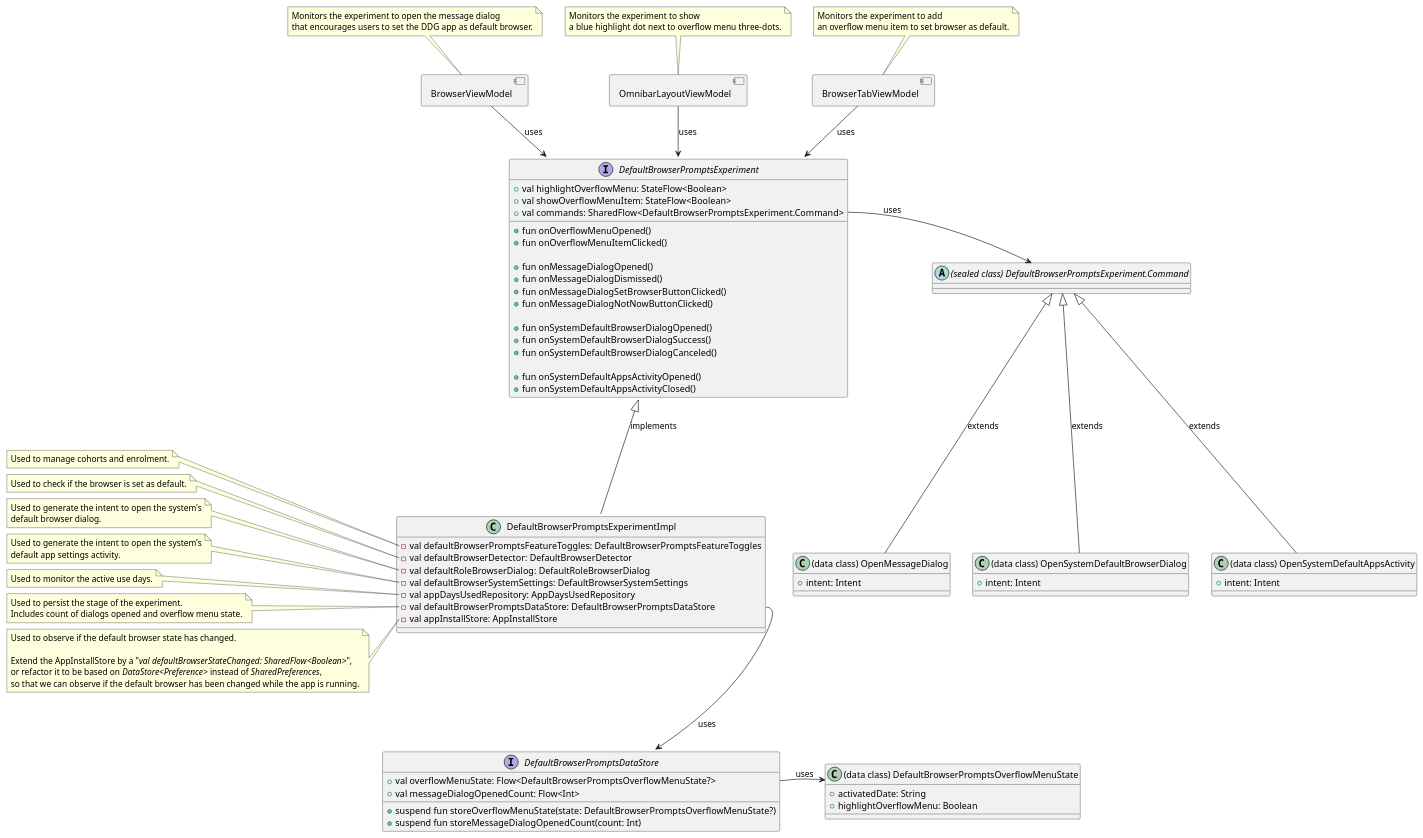
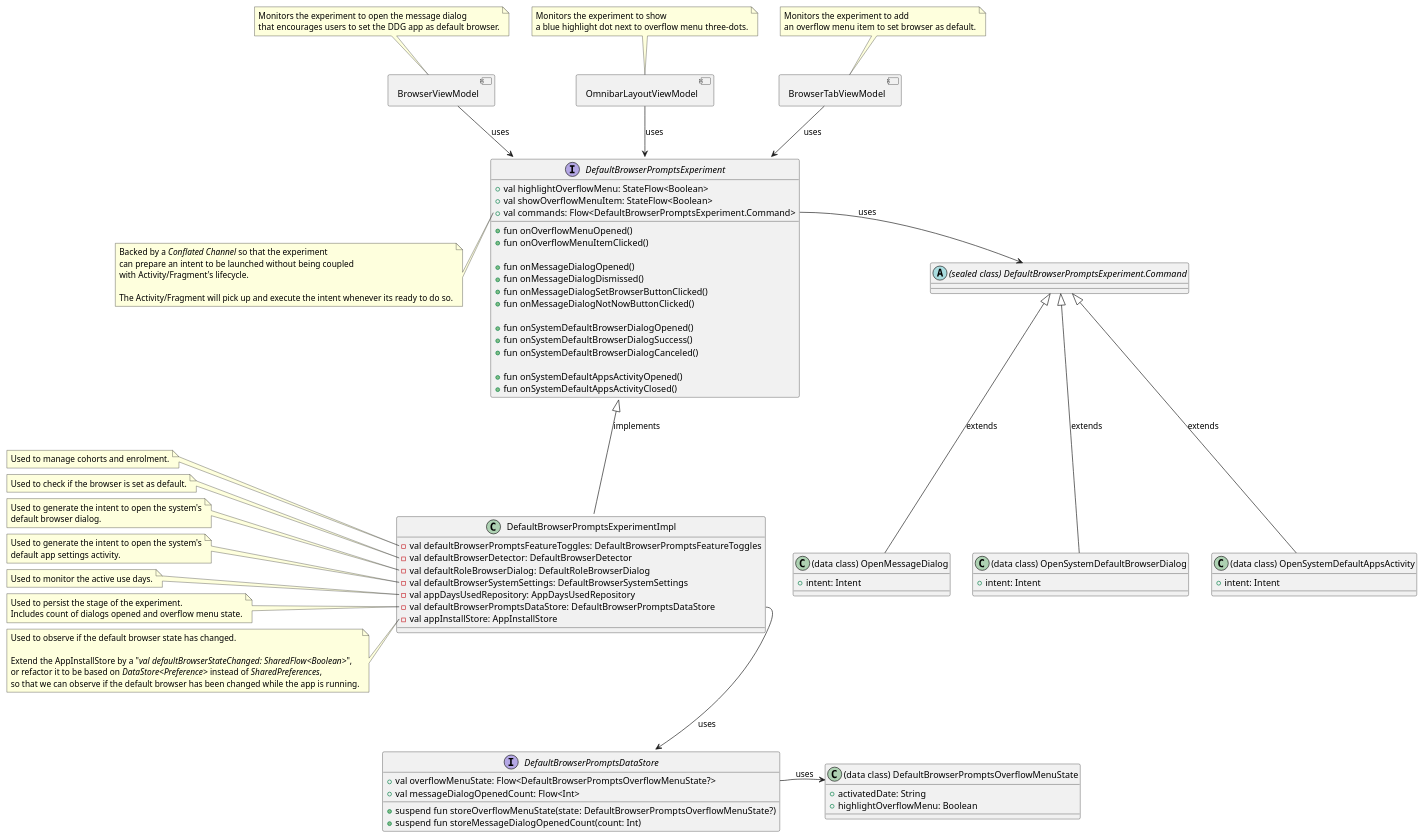
Before and after one commit to duckduckgo/Android: the diagram in app/src/main/java/com/duckduckgo/app/browser/defaultbrowsing/prompts/default_browser_prompts_experiment.puml, drawn with PlantUML. The commit also changed 3 other files, not shown here.

```diff
--- a/app/src/main/java/com/duckduckgo/app/browser/defaultbrowsing/prompts/default_browser_prompts_experiment.puml
+++ b/app/src/main/java/com/duckduckgo/app/browser/defaultbrowsing/prompts/default_browser_prompts_experiment.puml
@@ -1,130 +1,138 @@
 @startuml
 allowmixing
 
 abstract class DefaultBrowserPromptsExperimentCommand as "(sealed class) DefaultBrowserPromptsExperiment.Command"
 
 class OpenMessageDialog as "(data class) OpenMessageDialog" {
   + intent: Intent
 }
 
 class OpenSystemDefaultBrowserDialog as "(data class) OpenSystemDefaultBrowserDialog" {
   + intent: Intent
 }
 
 class OpenSystemDefaultAppsActivity as "(data class) OpenSystemDefaultAppsActivity" {
   + intent: Intent
 }
 
 DefaultBrowserPromptsExperimentCommand <|-- OpenMessageDialog : extends
 DefaultBrowserPromptsExperimentCommand <|-- OpenSystemDefaultBrowserDialog : extends
 DefaultBrowserPromptsExperimentCommand <|-- OpenSystemDefaultAppsActivity : extends
 
 interface DefaultBrowserPromptsExperiment {
   + val highlightOverflowMenu: StateFlow<Boolean>
   + val showOverflowMenuItem: StateFlow<Boolean>
-  + val commands: SharedFlow<DefaultBrowserPromptsExperiment.Command>
+  + val commands: Flow<DefaultBrowserPromptsExperiment.Command>
 
   + fun onOverflowMenuOpened()
   + fun onOverflowMenuItemClicked()
 
   + fun onMessageDialogOpened()
   + fun onMessageDialogDismissed()
   + fun onMessageDialogSetBrowserButtonClicked()
   + fun onMessageDialogNotNowButtonClicked()
 
   + fun onSystemDefaultBrowserDialogOpened()
   + fun onSystemDefaultBrowserDialogSuccess()
   + fun onSystemDefaultBrowserDialogCanceled()
 
   + fun onSystemDefaultAppsActivityOpened()
   + fun onSystemDefaultAppsActivityClosed()
 }
 
 DefaultBrowserPromptsExperiment::commands -> DefaultBrowserPromptsExperimentCommand : uses
+
+note left of DefaultBrowserPromptsExperiment::commands
+  Backed by a //Conflated Channel// so that the experiment
+  can prepare an intent to be launched without being coupled
+  with Activity/Fragment's lifecycle.
+
+  The Activity/Fragment will pick up and execute the intent whenever its ready to do so.
+end note
 
 class DefaultBrowserPromptsOverflowMenuState as "(data class) DefaultBrowserPromptsOverflowMenuState" {
   + activatedDate: String
   + highlightOverflowMenu: Boolean
 }
 
 interface DefaultBrowserPromptsDataStore {
   + val overflowMenuState: Flow<DefaultBrowserPromptsOverflowMenuState?>
   + val messageDialogOpenedCount: Flow<Int>
 
   + suspend fun storeOverflowMenuState(state: DefaultBrowserPromptsOverflowMenuState?)
   + suspend fun storeMessageDialogOpenedCount(count: Int)
 }
 
 DefaultBrowserPromptsDataStore::overflowMenuState -> DefaultBrowserPromptsOverflowMenuState : uses
 
 class DefaultBrowserPromptsExperimentImpl {
   - val defaultBrowserPromptsFeatureToggles: DefaultBrowserPromptsFeatureToggles
   - val defaultBrowserDetector: DefaultBrowserDetector
   - val defaultRoleBrowserDialog: DefaultRoleBrowserDialog
   - val defaultBrowserSystemSettings: DefaultBrowserSystemSettings
   - val appDaysUsedRepository: AppDaysUsedRepository
   - val defaultBrowserPromptsDataStore: DefaultBrowserPromptsDataStore
   - val appInstallStore: AppInstallStore
 }
 
 DefaultBrowserPromptsExperiment <|-- DefaultBrowserPromptsExperimentImpl : implements
 
 DefaultBrowserPromptsExperimentImpl::defaultBrowserPromptsDataStore --> DefaultBrowserPromptsDataStore : uses
 
 note left of DefaultBrowserPromptsExperimentImpl::defaultBrowserPromptsFeatureToggles
   Used to manage cohorts and enrolment.
 end note
 
 note left of DefaultBrowserPromptsExperimentImpl::defaultBrowserDetector
   Used to check if the browser is set as default.
 end note
 
 note left of DefaultBrowserPromptsExperimentImpl::defaultRoleBrowserDialog
   Used to generate the intent to open the system's
   default browser dialog.
 end note
 
 note left of DefaultBrowserPromptsExperimentImpl::defaultBrowserSystemSettings
   Used to generate the intent to open the system's
   default app settings activity.
 end note
 
 note left of DefaultBrowserPromptsExperimentImpl::appDaysUsedRepository
   Used to monitor the active use days.
 end note
 
 note left of DefaultBrowserPromptsExperimentImpl::defaultBrowserPromptsDataStore
   Used to persist the stage of the experiment.
   Includes count of dialogs opened and overflow menu state.
 end note
 
 note left of DefaultBrowserPromptsExperimentImpl::appInstallStore
   Used to observe if the default browser state has changed.
 
   Extend the AppInstallStore by a "//val defaultBrowserStateChanged: SharedFlow<Boolean>//",
   or refactor it to be based on //DataStore<Preference>// instead of //SharedPreferences//,
   so that we can observe if the default browser has been changed while the app is running.
 end note
 
 component BrowserViewModel
 BrowserViewModel --> DefaultBrowserPromptsExperiment : uses
 note top of BrowserViewModel
   Monitors the experiment to open the message dialog
   that encourages users to set the DDG app as default browser.
 end note
 
 component OmnibarLayoutViewModel
 OmnibarLayoutViewModel --> DefaultBrowserPromptsExperiment : uses
 note top of OmnibarLayoutViewModel
   Monitors the experiment to show
   a blue highlight dot next to overflow menu three-dots.
 end note
 
 component BrowserTabViewModel
 BrowserTabViewModel --> DefaultBrowserPromptsExperiment : uses
 note top of BrowserTabViewModel
   Monitors the experiment to add
   an overflow menu item to set browser as default.
 end note
 
 @enduml
```
